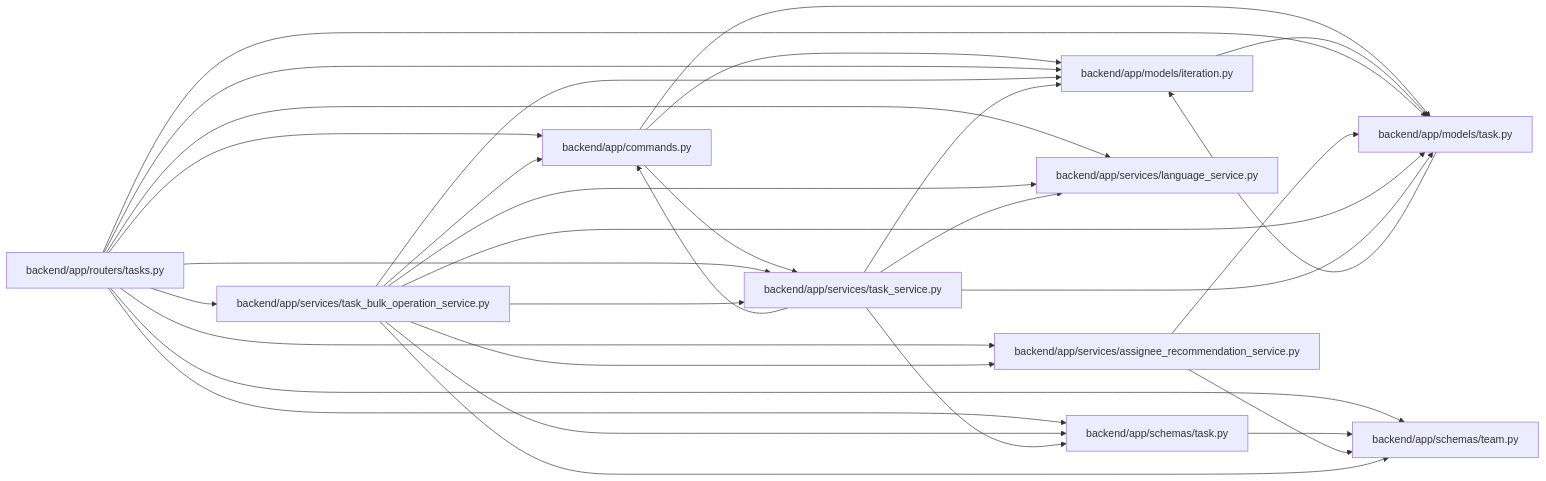
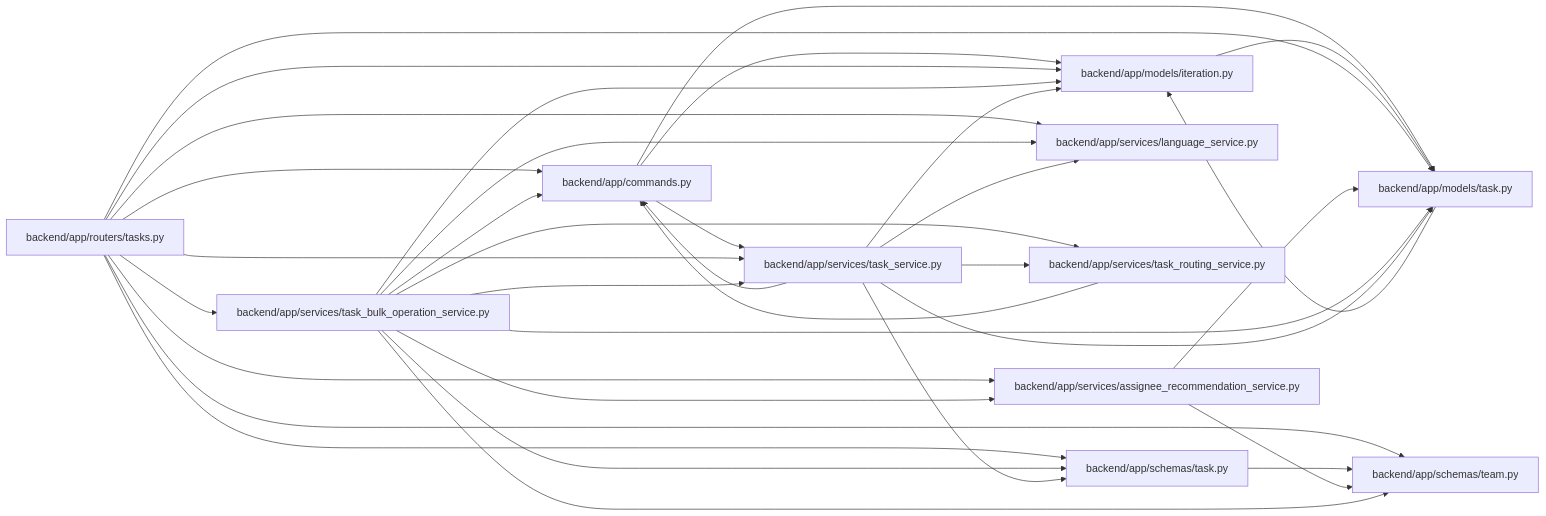
The diagram in docs/llm_wiki/modules/task_bulk_operation_service.md (Denissvgn/WorkChord), drawn with Mermaid before and after one commit. The commit also changed other lines of this file and 981 other files, not shown here.

Commit message:
Sync the architectural wiki for structured task routing

````diff
--- a/docs/llm_wiki/modules/task_bulk_operation_service.md
+++ b/docs/llm_wiki/modules/task_bulk_operation_service.md
@@ -32,53 +33,58 @@
 ```mermaid
 flowchart LR
     n0["backend/app/commands.py"]
     n1["backend/app/models/iteration.py"]
     n2["backend/app/models/task.py"]
     n3["backend/app/routers/tasks.py"]
     n4["backend/app/schemas/task.py"]
     n5["backend/app/schemas/team.py"]
     n6["backend/app/services/assignee_recommendation_service.py"]
     n7["backend/app/services/language_service.py"]
     n8["backend/app/services/task_bulk_operation_service.py"]
-    n9["backend/app/services/task_service.py"]
+    n9["backend/app/services/task_routing_service.py"]
+    n10["backend/app/services/task_service.py"]
     n0 --> n1
     n0 --> n2
-    n0 --> n9
+    n0 --> n10
     n1 --> n2
     n2 --> n1
     n3 --> n0
     n3 --> n1
     n3 --> n2
     n3 --> n4
     n3 --> n5
     n3 --> n6
     n3 --> n7
     n3 --> n8
-    n3 --> n9
+    n3 --> n10
     n4 --> n5
     n6 --> n2
     n6 --> n5
     n8 --> n0
     n8 --> n1
     n8 --> n2
     n8 --> n4
     n8 --> n5
     n8 --> n6
     n8 --> n7
     n8 --> n9
+    n8 --> n10
     n9 --> n0
-    n9 --> n1
-    n9 --> n2
-    n9 --> n4
-    n9 --> n7
+    n10 --> n0
+    n10 --> n1
+    n10 --> n2
+    n10 --> n4
+    n10 --> n7
+    n10 --> n9
     click n0 "../modules/commands.md"
     click n1 "../modules/models_iteration.md"
     click n2 "../modules/models_task.md"
     click n3 "../modules/tasks.md"
     click n4 "../modules/schemas_task.md"
     click n5 "../modules/schemas_team.md"
     click n6 "../modules/assignee_recommendation_service.md"
     click n7 "../modules/language_service.md"
     click n8 "../modules/task_bulk_operation_service.md"
-    click n9 "../modules/task_service.md"
+    click n9 "../modules/task_routing_service.md"
+    click n10 "../modules/task_service.md"
 ```
````
